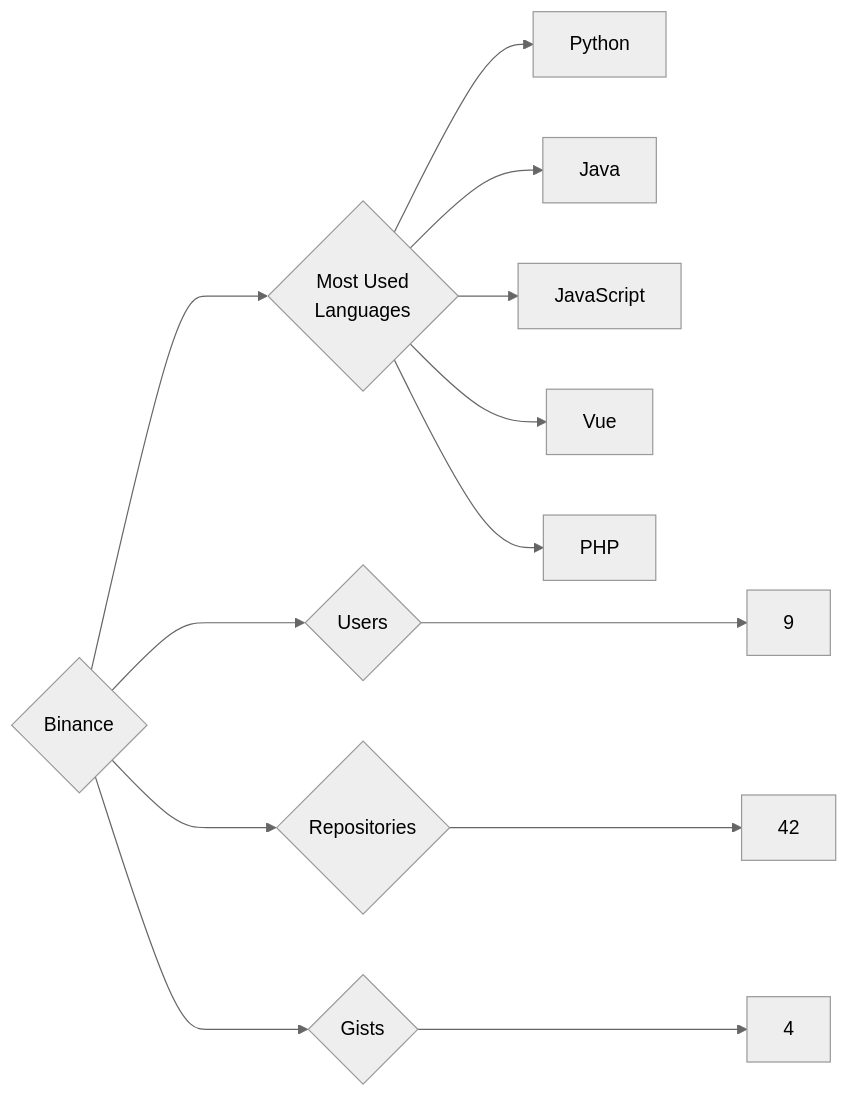
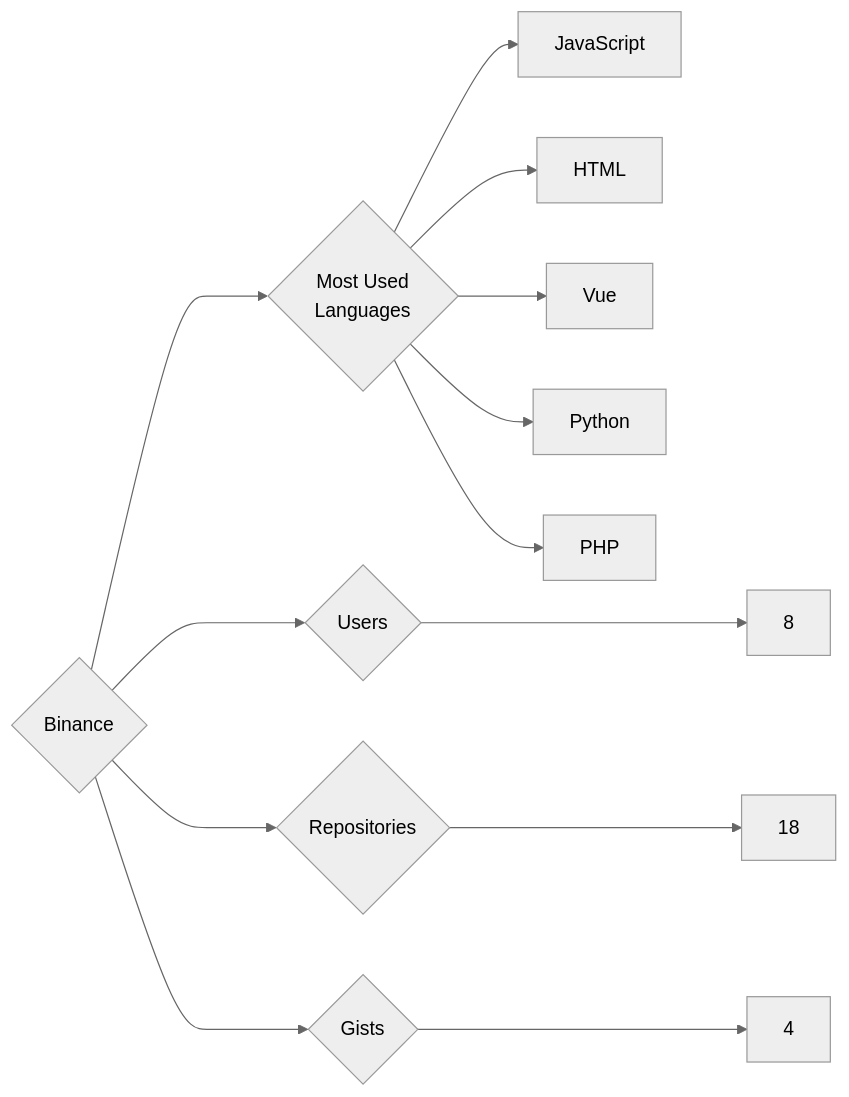
One commit to trickest/insiders changed the diagram in targets/Binance/README.md. Above: the diagram before and after it, drawn with Mermaid (neutral theme). The commit also changed 998 other files, not shown here.

````diff
--- a/targets/Binance/README.md
+++ b/targets/Binance/README.md
@@ -3,13 +3,13 @@
 ```mermaid
 graph LR
 COMPANY_NAME{Binance}
-COMPANY_NAME ---> U{Users} ---> UN[9]
-COMPANY_NAME ---> R{Repositories} ---> RN[42]
+COMPANY_NAME ---> U{Users} ---> UN[8]
+COMPANY_NAME ---> R{Repositories} ---> RN[18]
 COMPANY_NAME ---> G{Gists} ---> GN[4]
 COMPANY_NAME ---> ML{Most Used<br>Languages}
+ML --> JavaScript[JavaScript]
+ML --> HTML[HTML]
+ML --> Vue[Vue]
 ML --> Python[Python]
-ML --> Java[Java]
-ML --> JavaScript[JavaScript]
-ML --> Vue[Vue]
 ML --> PHP[PHP]
 ```
````
